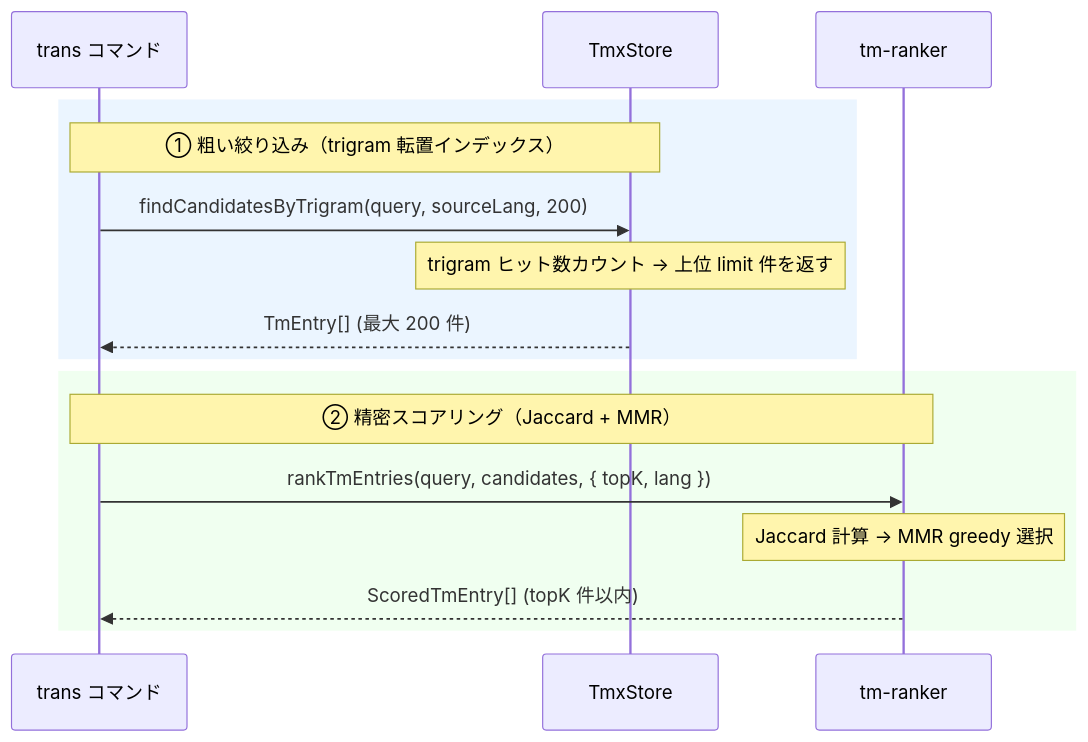
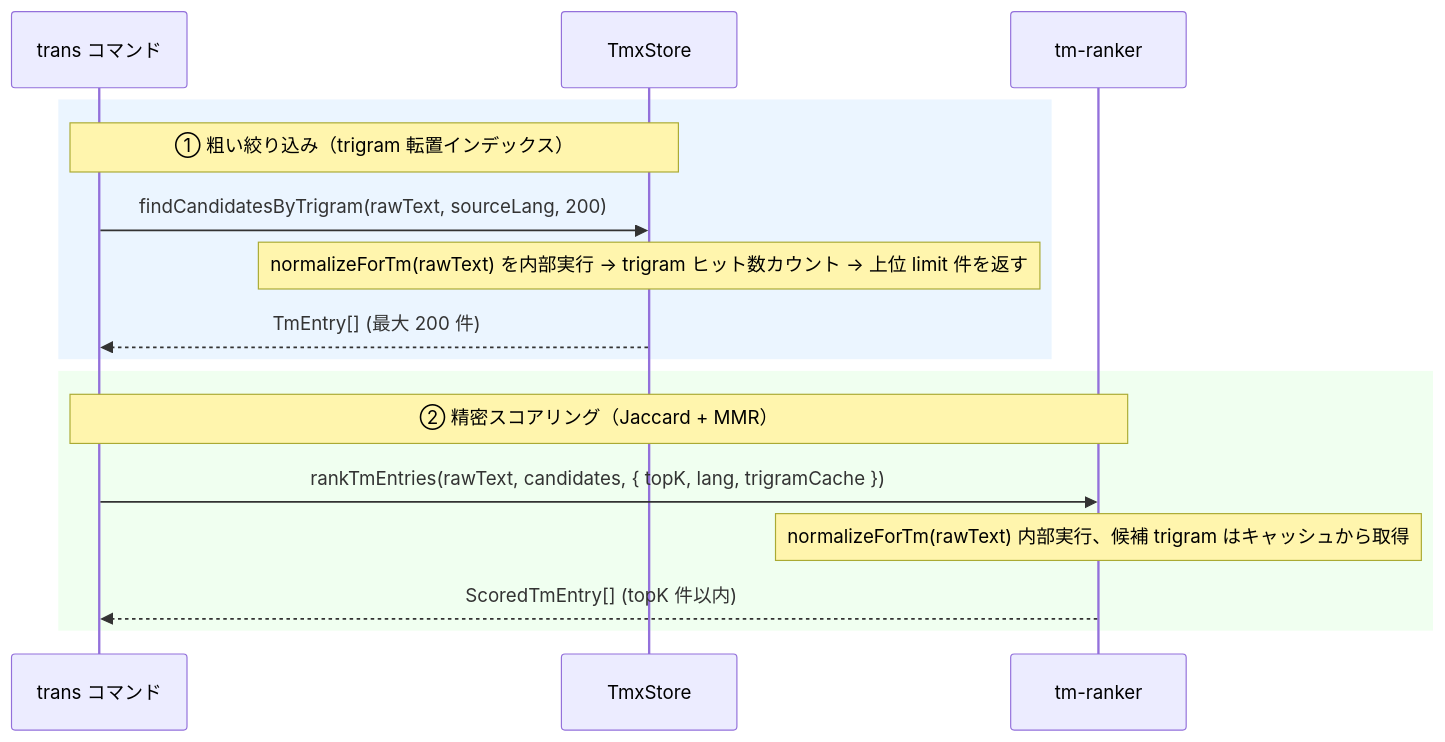
Before and after one commit to mochimochiki/mdait: the diagram in docs/design/tm_theory.md, drawn with Mermaid. The commit also changed other lines of this file and 15 other files, not shown here.

````diff
--- a/docs/design/tm_theory.md
+++ b/docs/design/tm_theory.md
@@ -91,20 +91,20 @@
 ```mermaid
 sequenceDiagram
     participant Trans as trans コマンド
     participant Store as TmxStore
     participant Ranker as tm-ranker
 
     rect rgb(235,245,255)
         Note over Trans,Store: ① 粗い絞り込み（trigram 転置インデックス）
-        Trans->>Store: findCandidatesByTrigram(query, sourceLang, 200)
-        Note over Store: trigram ヒット数カウント → 上位 limit 件を返す
+        Trans->>Store: findCandidatesByTrigram(rawText, sourceLang, 200)
+        Note over Store: normalizeForTm(rawText) を内部実行 → trigram ヒット数カウント → 上位 limit 件を返す
         Store-->>Trans: TmEntry[] (最大 200 件)
     end
 
     rect rgb(240,255,240)
         Note over Trans,Ranker: ② 精密スコアリング（Jaccard + MMR）
-        Trans->>Ranker: rankTmEntries(query, candidates, { topK, lang })
-        Note over Ranker: Jaccard 計算 → MMR greedy 選択
+        Trans->>Ranker: rankTmEntries(rawText, candidates, { topK, lang, trigramCache })
+        Note over Ranker: normalizeForTm(rawText) 内部実行、候補 trigram はキャッシュから取得
         Ranker-->>Trans: ScoredTmEntry[] (topK 件以内)
     end
 ```
````
